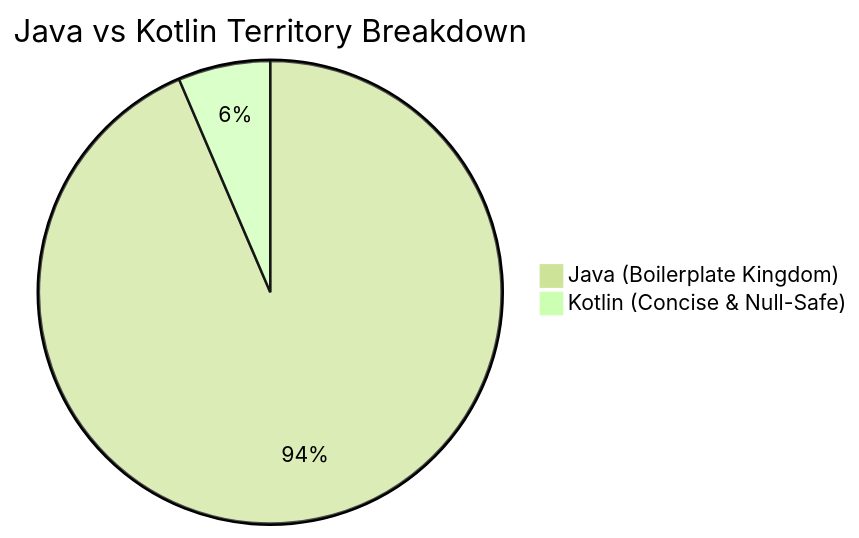
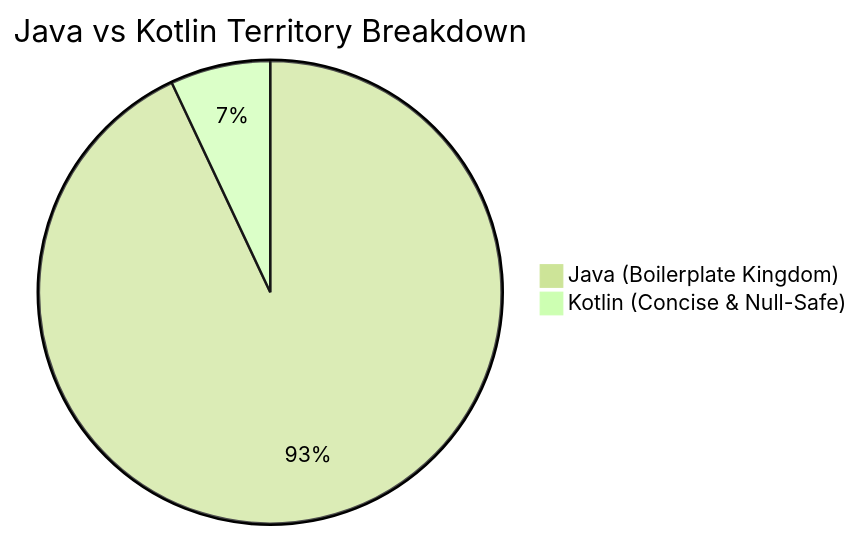
Before and after one commit to solomonrajan/cashledger: the first of 3 diagrams in KOTLIN_MIGRATION_REPORT.md, drawn with Mermaid (forest theme). The commit also changed other lines of this file, not shown here.

Commit message:
docs: auto-update Kotlin migration report [skip ci]

````diff
--- a/KOTLIN_MIGRATION_REPORT.md
+++ b/KOTLIN_MIGRATION_REPORT.md
@@ -19,5 +19,5 @@
 ```mermaid
 pie title Java vs Kotlin Territory Breakdown
-    "Java (Boilerplate Kingdom)" : 494
-    "Kotlin (Concise & Null-Safe)" : 34
+    "Java (Boilerplate Kingdom)" : 492
+    "Kotlin (Concise & Null-Safe)" : 37
 ```
````
